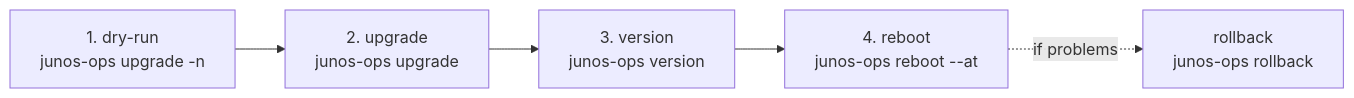
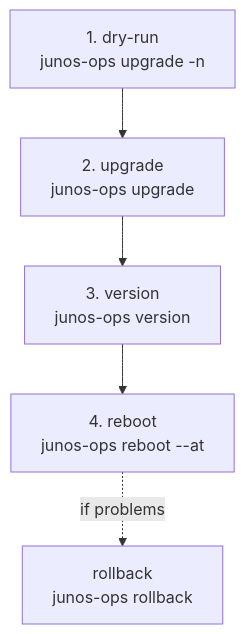
Before and after one commit to shigechika/junos-update: the second of 5 diagrams in README.md, drawn with Mermaid. The commit also changed 1 other file, not shown here.

Commit message:
README: flowchart LR to TD

````diff
--- a/README.md
+++ b/README.md
@@ -211,7 +211,7 @@
 ```mermaid
-flowchart LR
+flowchart TD
     A["1. dry-run<br/>junos-ops upgrade -n"] --> B["2. upgrade<br/>junos-ops upgrade"]
     B --> C["3. version<br/>junos-ops version"]
     C --> D["4. reboot<br/>junos-ops reboot --at"]
     D -.->|"if problems"| E["rollback<br/>junos-ops rollback"]
 ```
````
